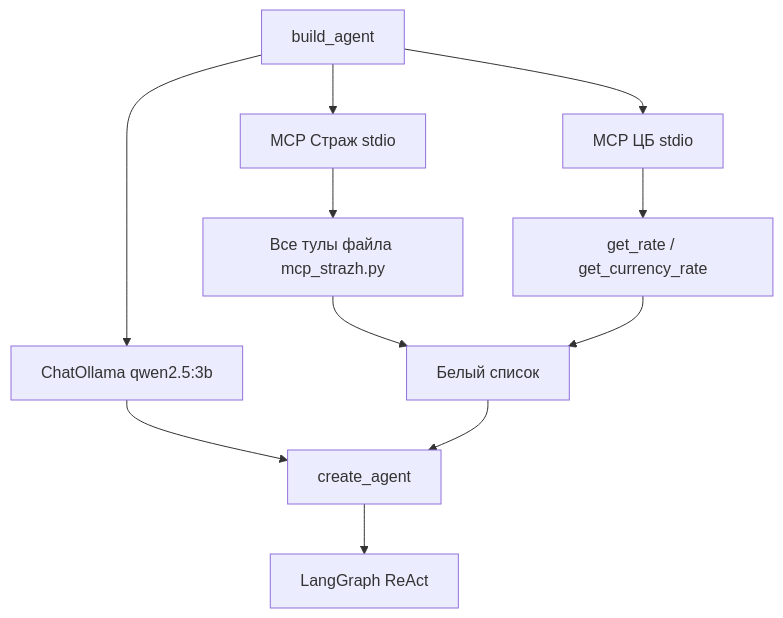
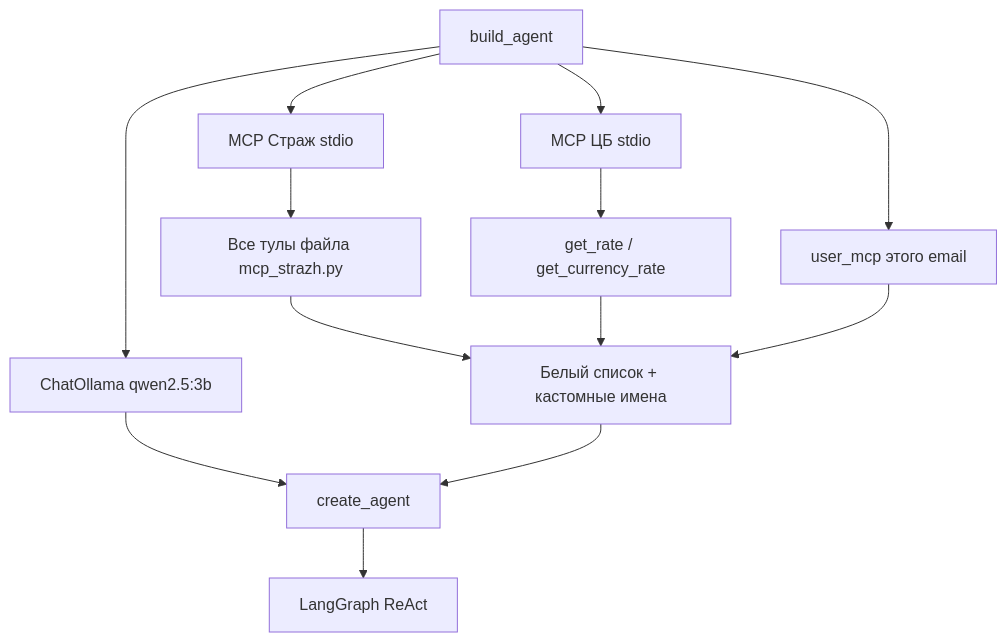
The second of 4 diagrams in отчет по проделанной работе/02_Агент_возможности_и_технологии.md (truchekaterina/mlsecops_agent), drawn with Mermaid before and after one commit. The commit also changed other lines of this file and 39 other files, not shown here.

````diff
--- a/отчет по проделанной работе/02_Агент_возможности_и_технологии.md
+++ b/отчет по проделанной работе/02_Агент_возможности_и_технологии.md
@@ -139,13 +140,15 @@
 ```mermaid
 flowchart TD
     A[build_agent] --> B[ChatOllama qwen2.5:3b]
     A --> C[MCP Страж stdio]
     A --> D[MCP ЦБ stdio]
+    A --> J[user_mcp этого email]
     C --> E[Все тулы файла mcp_strazh.py]
     D --> F[get_rate / get_currency_rate]
-    E --> G[Белый список]
+    E --> G[Белый список + кастомные имена]
     F --> G
+    J --> G
     B --> H[create_agent]
     G --> H
     H --> I[LangGraph ReAct]
 ```
````
